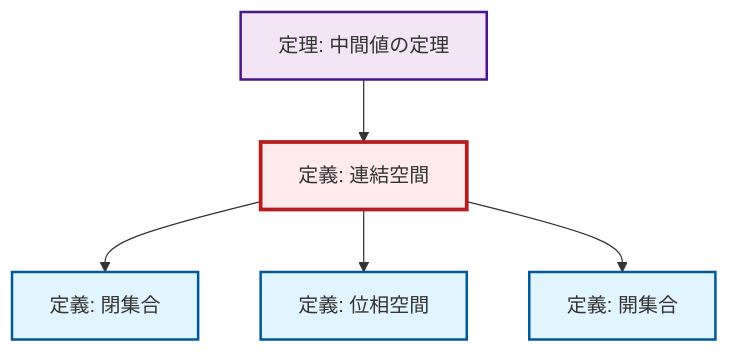
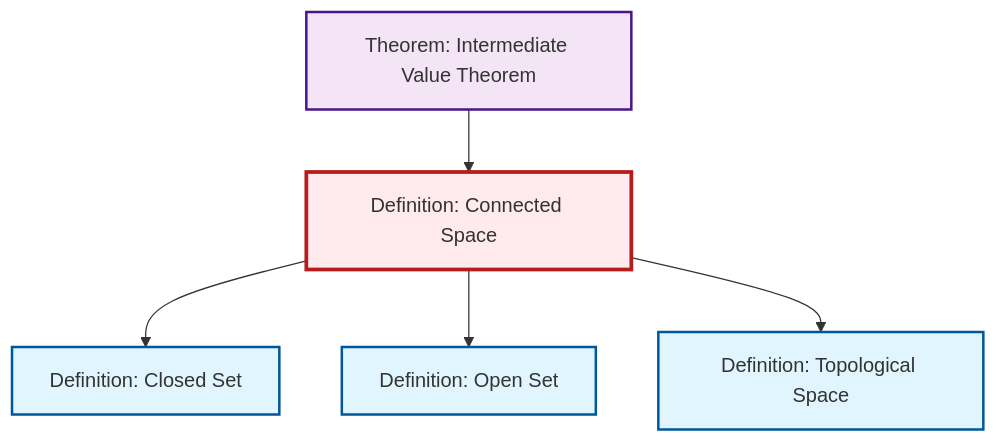
One commit to RK0429/ModernMath changed the diagram in content/ja/topology/def-connected.qmd. Above: the diagram before and after it, drawn with Mermaid. The commit also changed 203 other files, not shown here.

````diff
--- a/content/ja/topology/def-connected.qmd
+++ b/content/ja/topology/def-connected.qmd
@@ -50,24 +50,19 @@
 ```{mermaid}
-%%| fig-cap: "局所依存関係グラフ"
+%%| fig-cap: "Local dependency graph"
 graph TD
     classDef definition fill:#e1f5fe,stroke:#01579b,stroke-width:2px
     classDef theorem fill:#f3e5f5,stroke:#4a148c,stroke-width:2px
     classDef axiom fill:#fff3e0,stroke:#e65100,stroke-width:2px
     classDef example fill:#e8f5e9,stroke:#1b5e20,stroke-width:2px
     classDef current fill:#ffebee,stroke:#b71c1c,stroke-width:3px
-    def-connected["定義: 連結空間"]:::definition
-    def-closed-set["定義: 閉集合"]:::definition
-    def-open-set["定義: 開集合"]:::definition
-    thm-intermediate-value["定理: 中間値の定理"]:::theorem
-    def-topological-space["定義: 位相空間"]:::definition
+    def-topological-space["Definition: Topological Space"]:::definition
+    def-closed-set["Definition: Closed Set"]:::definition
+    def-open-set["Definition: Open Set"]:::definition
+    def-connected["Definition: Connected Space"]:::definition
+    thm-intermediate-value["Theorem: Intermediate Value Theorem"]:::theorem
+    thm-intermediate-value --> def-connected
     def-connected --> def-closed-set
+    def-connected --> def-open-set
     def-connected --> def-topological-space
-    thm-intermediate-value --> def-connected
-    def-connected --> def-open-set
     class def-connected current
-
-    click def-closed-set "def-closed-set.html" "Go to 定義: 閉集合"
-    click def-open-set "def-open-set.html" "Go to 定義: 開集合"
-    click thm-intermediate-value "thm-intermediate-value.html" "Go to 定理: 中間値の定理"
-    click def-topological-space "def-topological-space.html" "Go to 定義: 位相空間"
 ```
````
